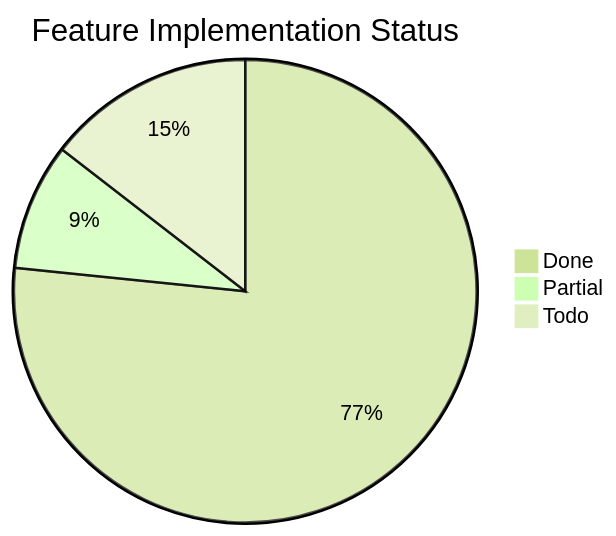
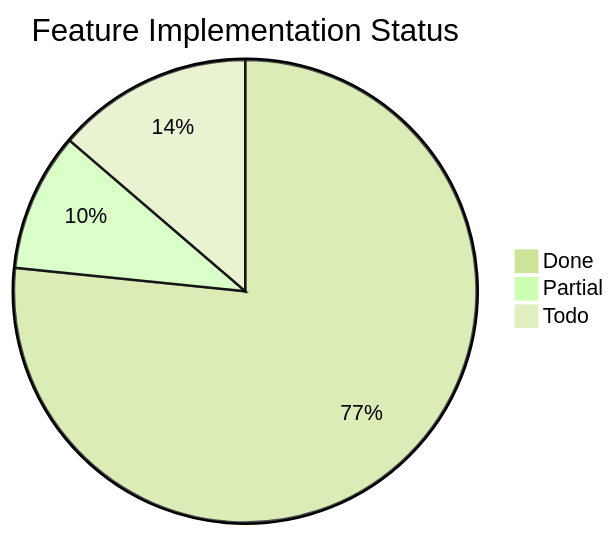
The third of 3 diagrams in docs/word-features.md (Papyrine/Morph), drawn with Mermaid (forest theme) before and after one commit. The commit also changed other lines of this file and 103 other files, not shown here.

````diff
--- a/docs/word-features.md
+++ b/docs/word-features.md
@@ -1902,6 +1906,6 @@
 ```mermaid
 pie title Feature Implementation Status
     "Done" : 95
-    "Partial" : 11
-    "Todo" : 18
+    "Partial" : 12
+    "Todo" : 17
 ```
````
